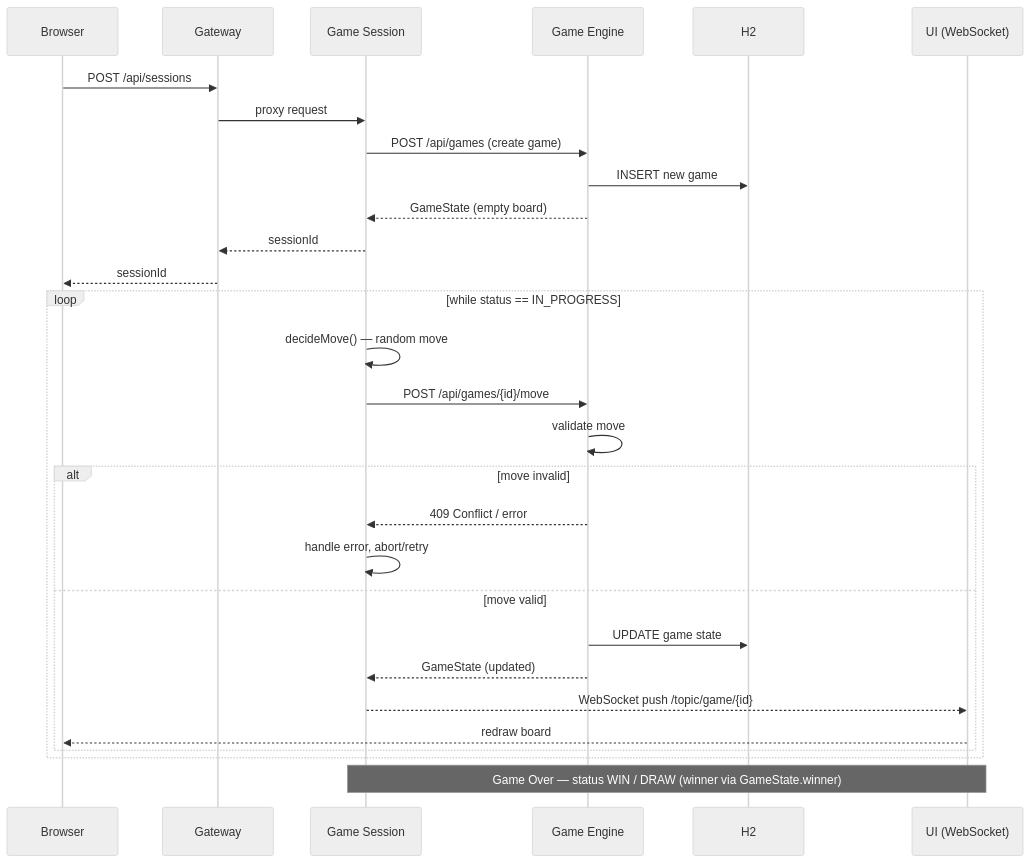
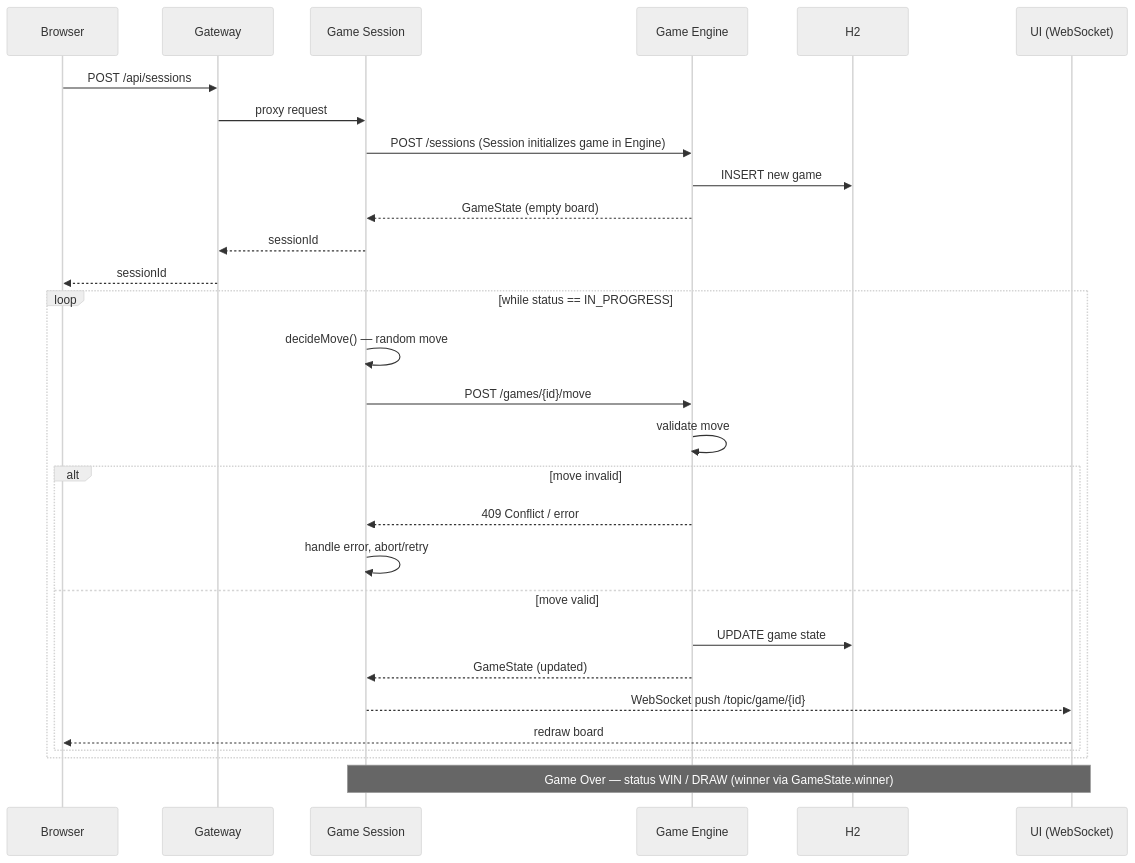
One commit to andrey56097/tik-tak-toe changed the second of 3 diagrams in docs/tic-tac-toe-plan.md. Above: the diagram before and after it, drawn with Mermaid (neutral theme). The commit also changed other lines of this file and 1 other file, not shown here.

First line of the commit message:
Update Engine endpoints per task.md (no /api, no POST /games)

````diff
--- a/docs/tic-tac-toe-plan.md
+++ b/docs/tic-tac-toe-plan.md
@@ -198,34 +198,34 @@
 ```mermaid
 sequenceDiagram
     participant B as Browser
     participant GW as Gateway
     participant S as Game Session
     participant E as Game Engine
     participant DB as H2
     participant U as UI (WebSocket)
 
     B->>GW: POST /api/sessions
     GW->>S: proxy request
-    S->>E: POST /api/games (create game)
+    S->>E: POST /sessions (Session initializes game in Engine)
     E->>DB: INSERT new game
     E-->>S: GameState (empty board)
     S-->>GW: sessionId
     GW-->>B: sessionId
 
     loop while status == IN_PROGRESS
         S->>S: decideMove() — random move
-        S->>E: POST /api/games/{id}/move
+        S->>E: POST /games/{id}/move
         E->>E: validate move
         alt move invalid
             E-->>S: 409 Conflict / error
             S->>S: handle error, abort/retry
         else move valid
             E->>DB: UPDATE game state
             E-->>S: GameState (updated)
             S-->>U: WebSocket push /topic/game/{id}
             U-->>B: redraw board
         end
     end
 
     Note over S,U: Game Over — status WIN / DRAW (winner via GameState.winner)
 ```
````
